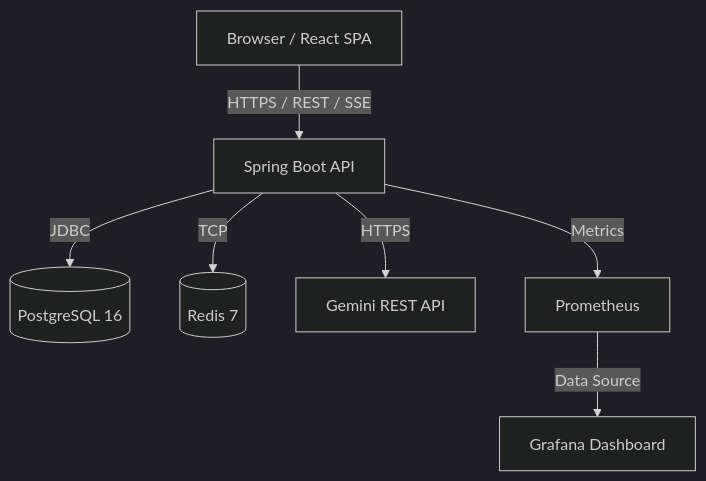
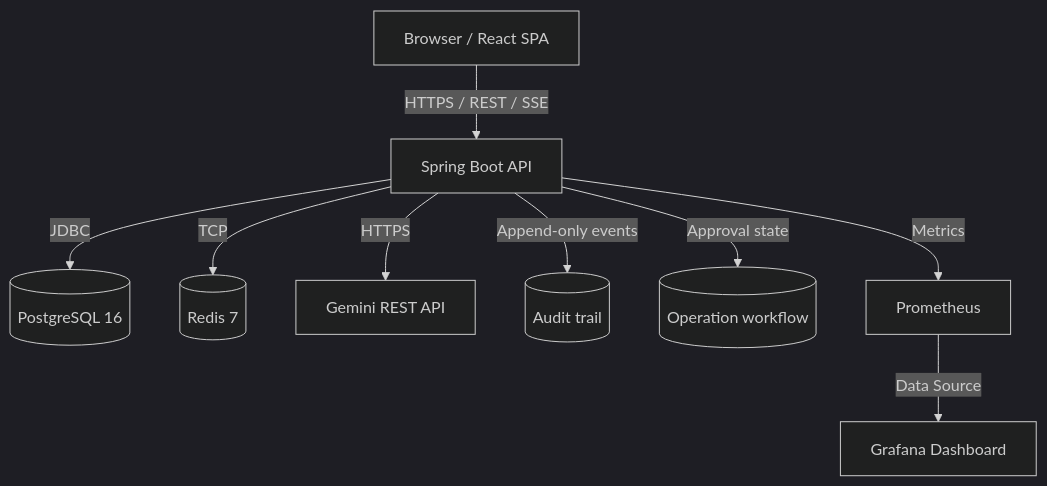
One commit to MayankSinghChouhann/forgeOps-AI changed the diagram in README.md. Above: the diagram before and after it, drawn with Mermaid (dark theme). The commit also changed other lines of this file and 83 other files, not shown here.

````diff
--- a/README.md
+++ b/README.md
@@ -38,9 +39,11 @@
 ```mermaid
 flowchart TD
     Client[Browser / React SPA] -->|HTTPS / REST / SSE| API[Spring Boot API]
     API -->|JDBC| DB[(PostgreSQL 16)]
     API -->|TCP| Cache[(Redis 7)]
     API -->|HTTPS| LLM[Gemini REST API]
+    API -->|Append-only events| Audit[(Audit trail)]
+    API -->|Approval state| Ops[(Operation workflow)]
     API -->|Metrics| Prom[Prometheus]
     Prom -->|Data Source| Grafana[Grafana Dashboard]
 ```
````
